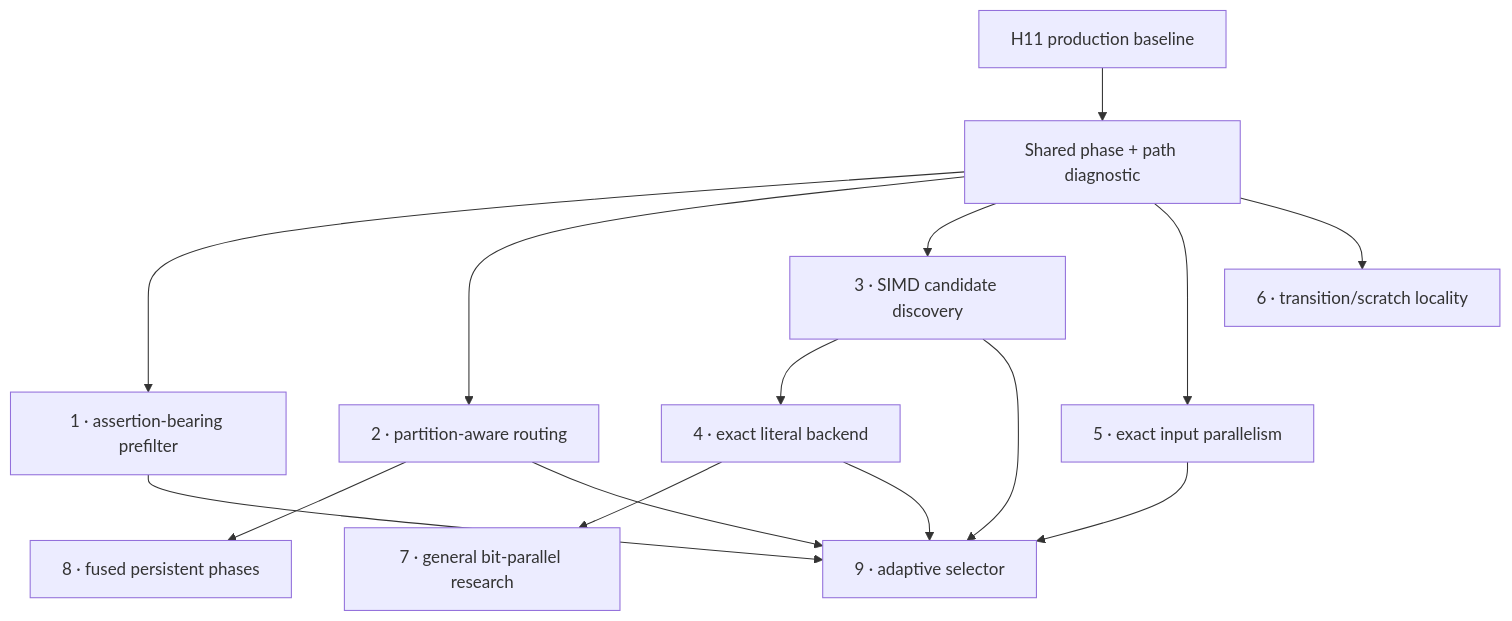
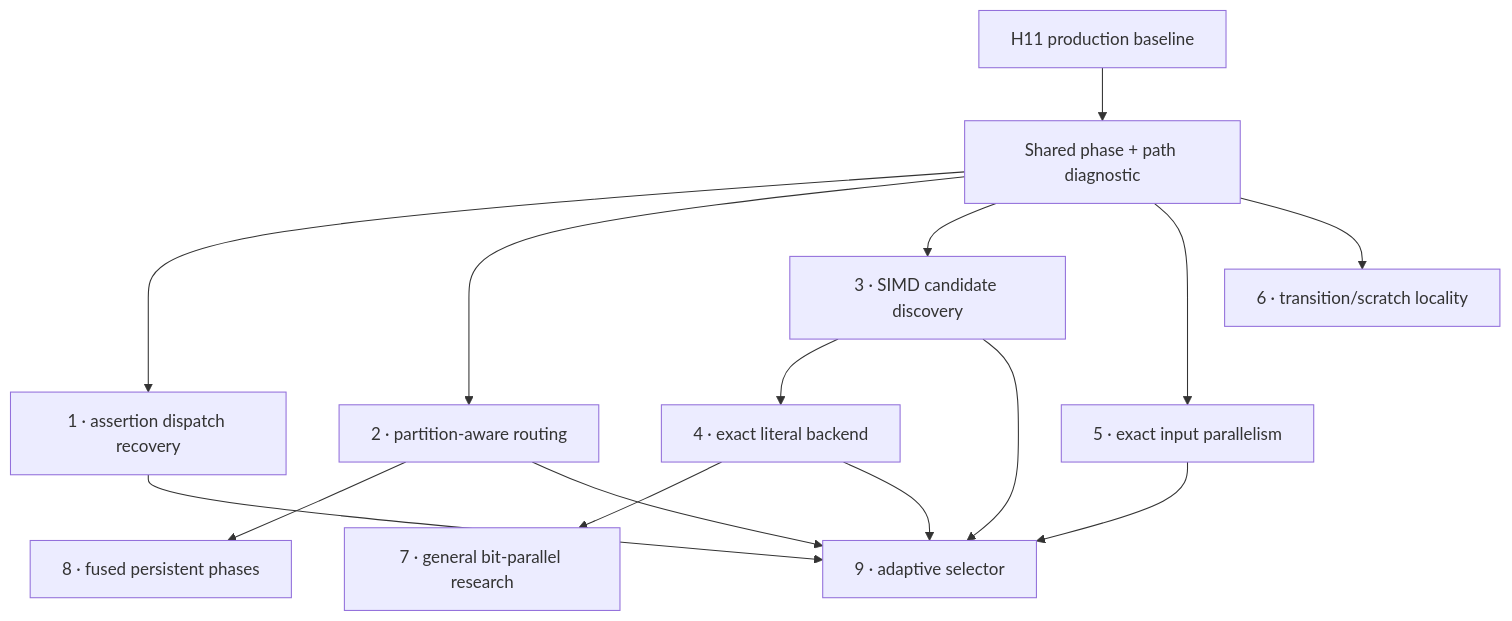
One commit to la3lma/rustmatch changed the diagram in docs/experiments/post-h11-future-optimization-portfolio.md. Above: the diagram before and after it, drawn with Mermaid. The commit also changed other lines of this file and 14 other files, not shown here.

Commit message:
Record investigated H12 assertion prefilter

````diff
--- a/docs/experiments/post-h11-future-optimization-portfolio.md
+++ b/docs/experiments/post-h11-future-optimization-portfolio.md
@@ -128,17 +142,17 @@
 ```mermaid
 flowchart TD
     H11["H11 production baseline"] --> D0["Shared phase + path diagnostic"]
-    D0 --> A["1 · assertion-bearing prefilter"]
+    D0 --> A["1 · assertion dispatch recovery"]
     D0 --> R["2 · partition-aware routing"]
     D0 --> S["3 · SIMD candidate discovery"]
     S --> L["4 · exact literal backend"]
     D0 --> I["5 · exact input parallelism"]
     D0 --> C["6 · transition/scratch locality"]
     L --> B["7 · general bit-parallel research"]
     R --> F["8 · fused persistent phases"]
     A --> X["9 · adaptive selector"]
     R --> X
     S --> X
     L --> X
     I --> X
 ```
````
